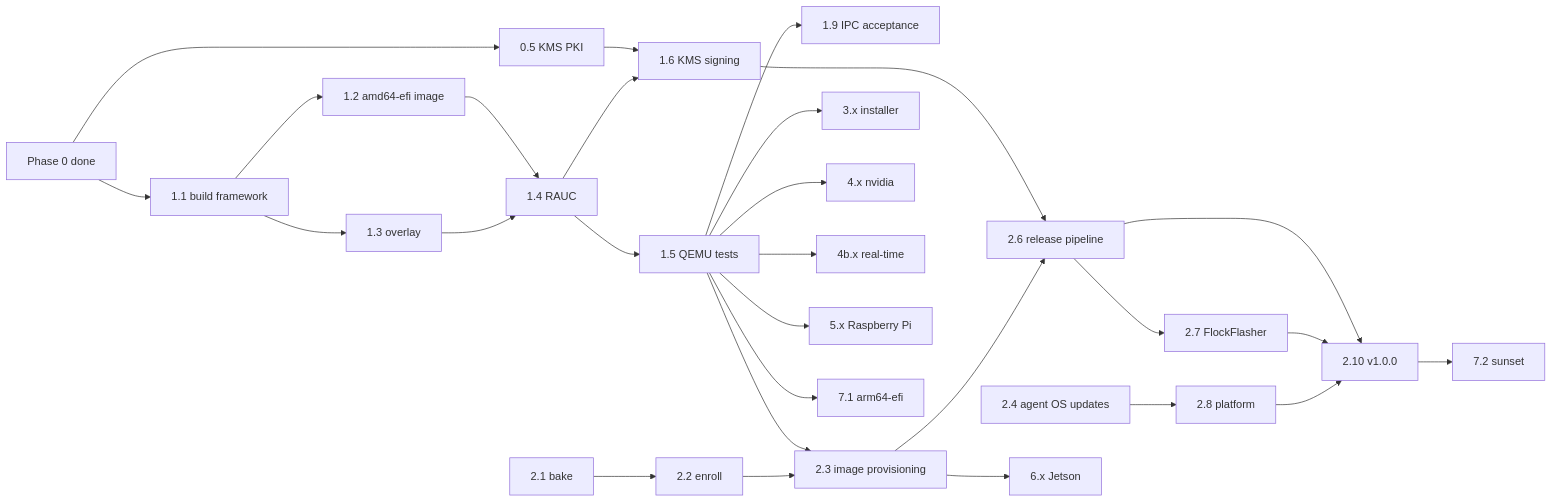
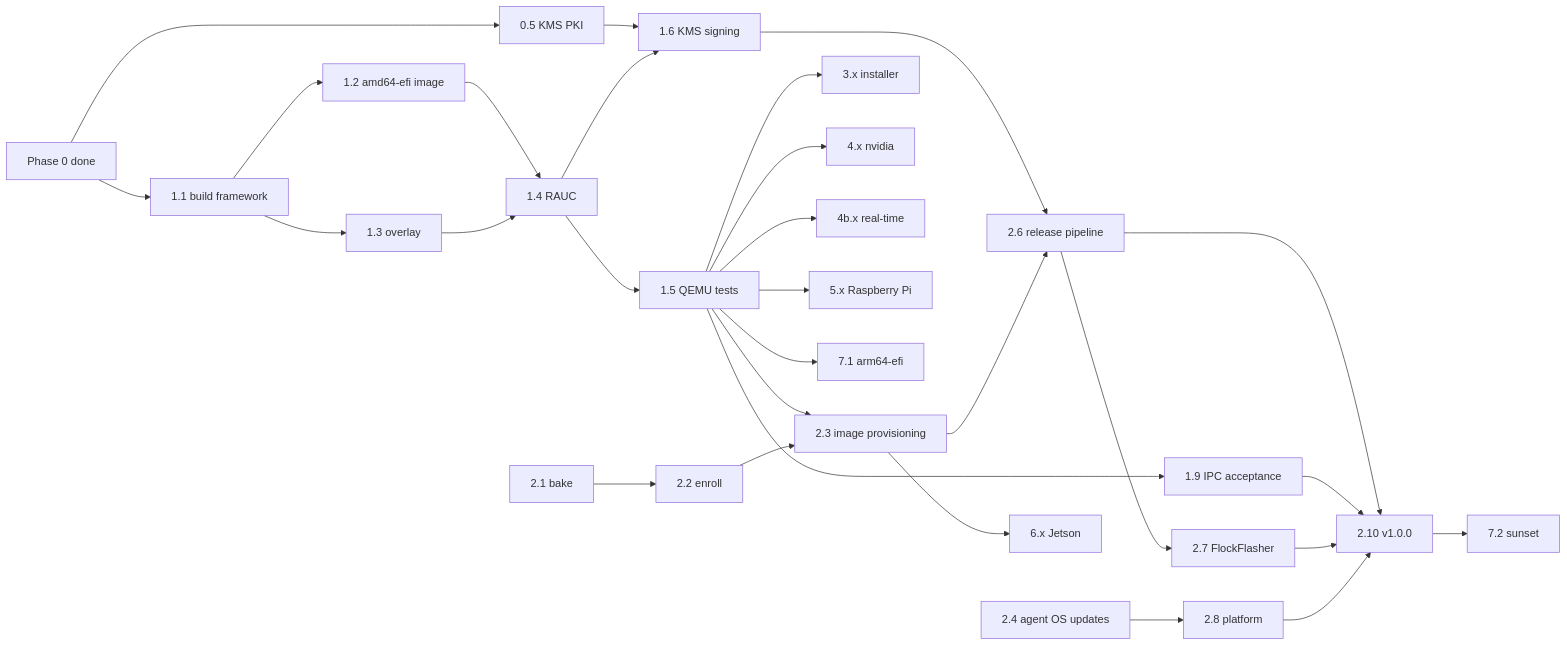
Before and after one commit to IronFlock/flockos: the diagram in docs/implementation-plan.md, drawn with Mermaid. The commit also changed other lines of this file and 23 other files, not shown here.

````diff
--- a/docs/implementation-plan.md
+++ b/docs/implementation-plan.md
@@ -110,30 +122,31 @@
 ```mermaid
 flowchart LR
   P0[Phase 0 done] --> WP05[0.5 KMS PKI]
   P0 --> WP11[1.1 build framework]
   WP11 --> WP12[1.2 amd64-efi image]
   WP11 --> WP13[1.3 overlay]
   WP12 --> WP14[1.4 RAUC]
   WP13 --> WP14
   WP14 --> WP15[1.5 QEMU tests]
   WP05 --> WP16[1.6 KMS signing]
   WP14 --> WP16
   WP15 --> WP19[1.9 IPC acceptance]
   WP21[2.1 bake] --> WP22[2.2 enroll]
   WP15 --> WP23[2.3 image provisioning]
   WP22 --> WP23
   WP16 --> WP26[2.6 release pipeline]
   WP23 --> WP26
   WP24[2.4 agent OS updates] --> WP28[2.8 platform]
   WP26 --> WP27[2.7 FlockFlasher]
   WP26 --> WP210[2.10 v1.0.0]
+  WP19 --> WP210
   WP27 --> WP210
   WP28 --> WP210
   WP15 --> WP31[3.x installer]
   WP15 --> WP41[4.x nvidia]
   WP15 --> WP4b[4b.x real-time]
   WP15 --> WP51[5.x Raspberry Pi]
   WP23 --> WP62[6.x Jetson]
   WP15 --> WP71[7.1 arm64-efi]
   WP210 --> WP72[7.2 sunset]
 ```
````
